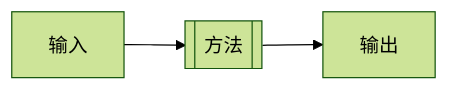
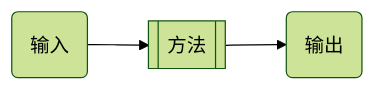
Before and after one commit to Dreamwalkor/little-book-of-ai: the first of 7 diagrams in 04.md, drawn with Mermaid (forest theme). The commit also changed other lines of this file and 2 other files, not shown here.

````diff
--- a/04.md
+++ b/04.md
@@ -37,4 +37,4 @@
 ```mermaid
 flowchart LR
-input[输入] --> method[[方法]] --> output[输出]
+input(输入) --> method[[方法]] --> output(输出)
 ```
````
